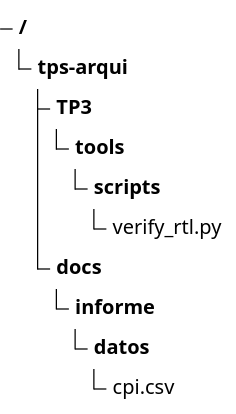
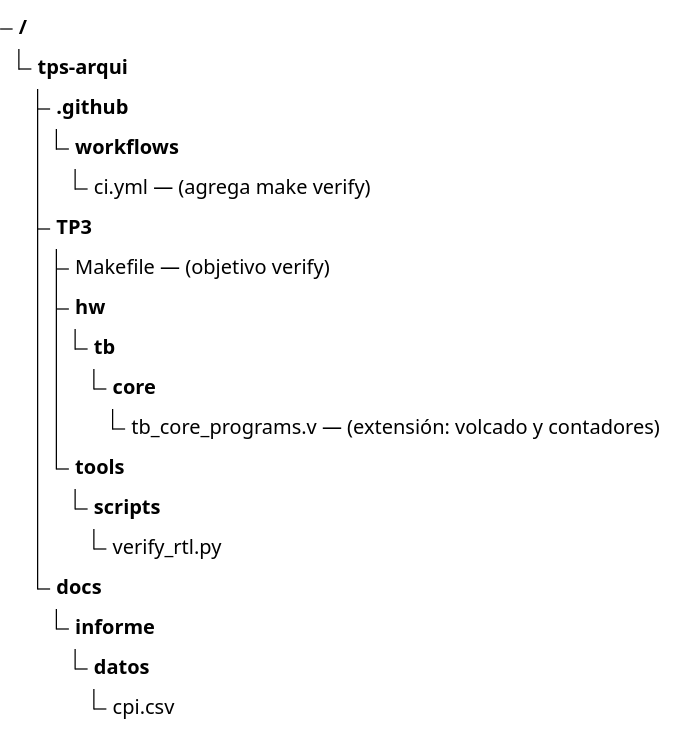
Before and after one commit to nicopinera/tps-arqui: diagram 25 of 47 in docs/PRD-pipeline-riscv.md, drawn with Mermaid. The commit also changed other lines of this file and 15 other files, not shown here.

````diff
--- a/docs/PRD-pipeline-riscv.md
+++ b/docs/PRD-pipeline-riscv.md
@@ -1334,12 +1385,20 @@
 ```mermaid
 treeView-beta
     "tps-arqui/"
+        ".github/"
+            "workflows/"
+                "ci.yml — (agrega make verify)"
         "TP3/"
+            "Makefile — (objetivo verify)"
+            "hw/"
+                "tb/"
+                    "core/"
+                        "tb_core_programs.v — (extensión: volcado y contadores)"
             "tools/"
                 "scripts/"
                     "verify_rtl.py"
         "docs/"
             "informe/"
                 "datos/"
                     "cpi.csv"
 ```
````
